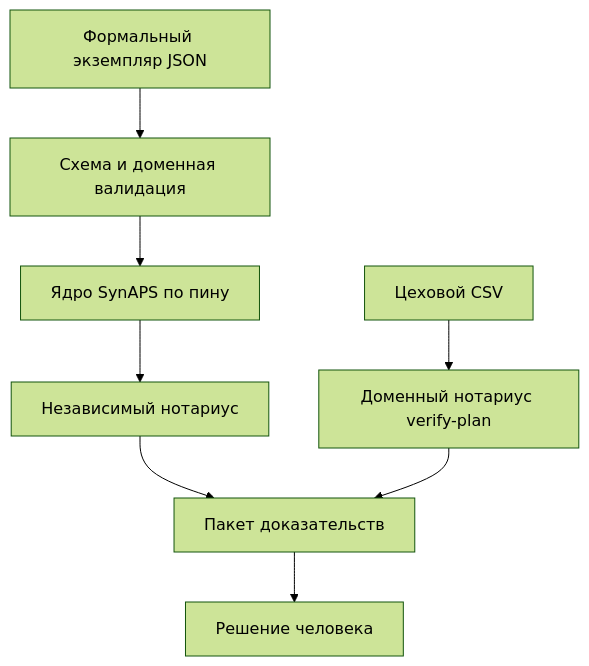
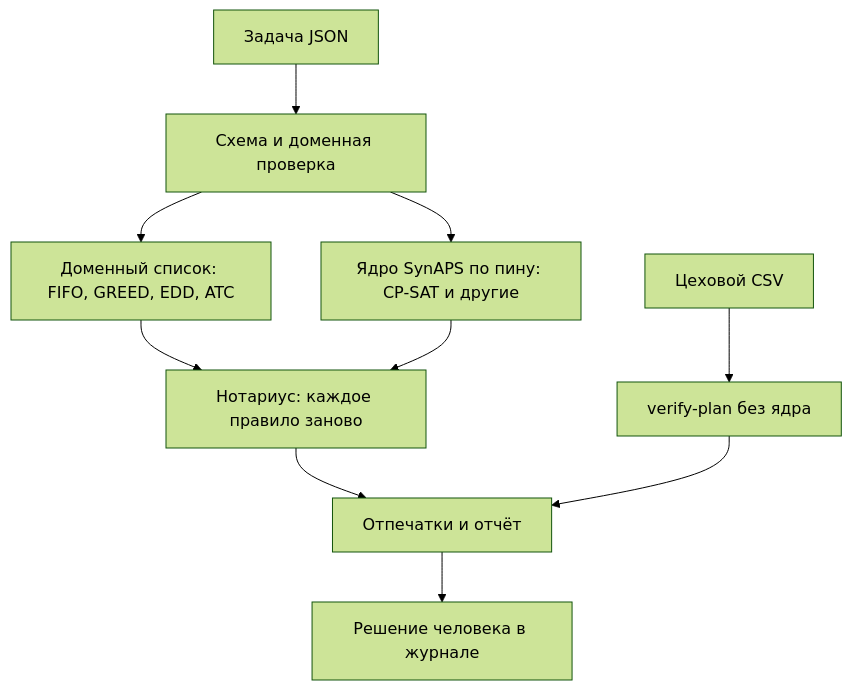
One commit to KonkovDV/SynAPS-RepairFlow changed the diagram in README.md. Above: the diagram before and after it, drawn with Mermaid (forest theme). The commit also changed other lines of this file and 14 other files, not shown here.

````diff
--- a/README.md
+++ b/README.md
@@ -155,10 +158,12 @@
 ```mermaid
 flowchart TB
-    P["Формальный экземпляр JSON"] --> V["Схема и доменная валидация"]
-    V --> K["Ядро SynAPS по пину"]
-    K --> N["Независимый нотариус"]
-    S["Цеховой CSV"] --> D["Доменный нотариус verify-plan"]
-    N --> E["Пакет доказательств"]
+    P["Задача JSON"] --> V["Схема и доменная проверка"]
+    V --> L["Доменный список: FIFO, GREED, EDD, ATC"]
+    V --> K["Ядро SynAPS по пину: CP-SAT и другие"]
+    L --> N["Нотариус: каждое правило заново"]
+    K --> N
+    S["Цеховой CSV"] --> D["verify-plan без ядра"]
+    N --> E["Отпечатки и отчёт"]
     D --> E
-    E --> H["Решение человека"]
+    E --> H["Решение человека в журнале"]
 ```
````
